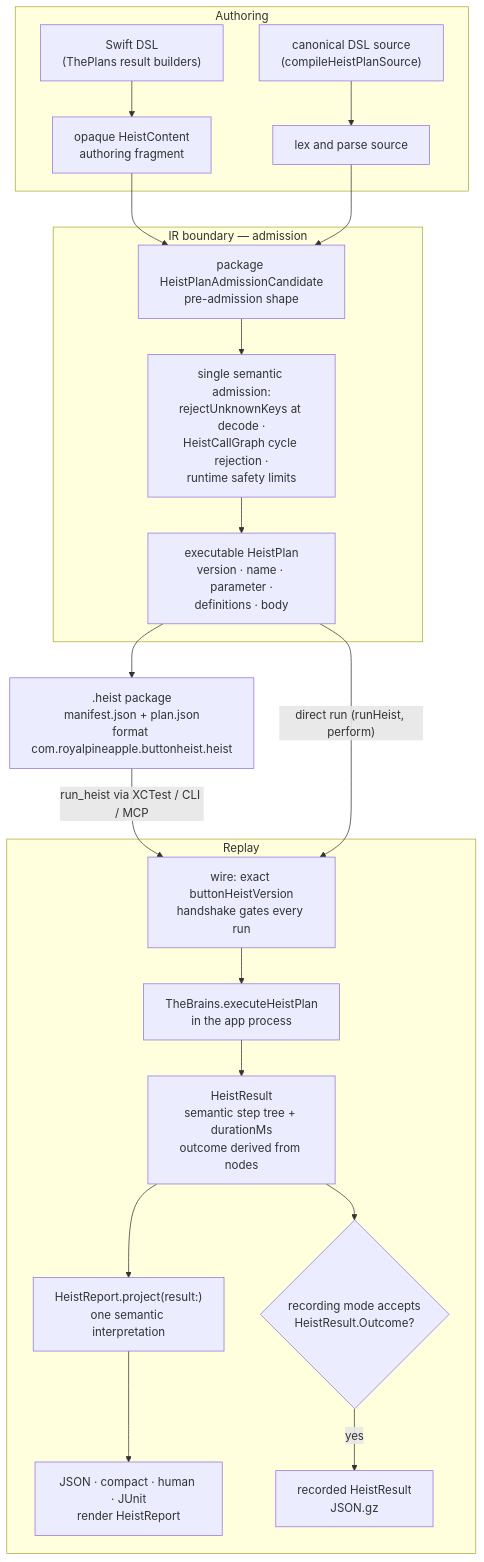
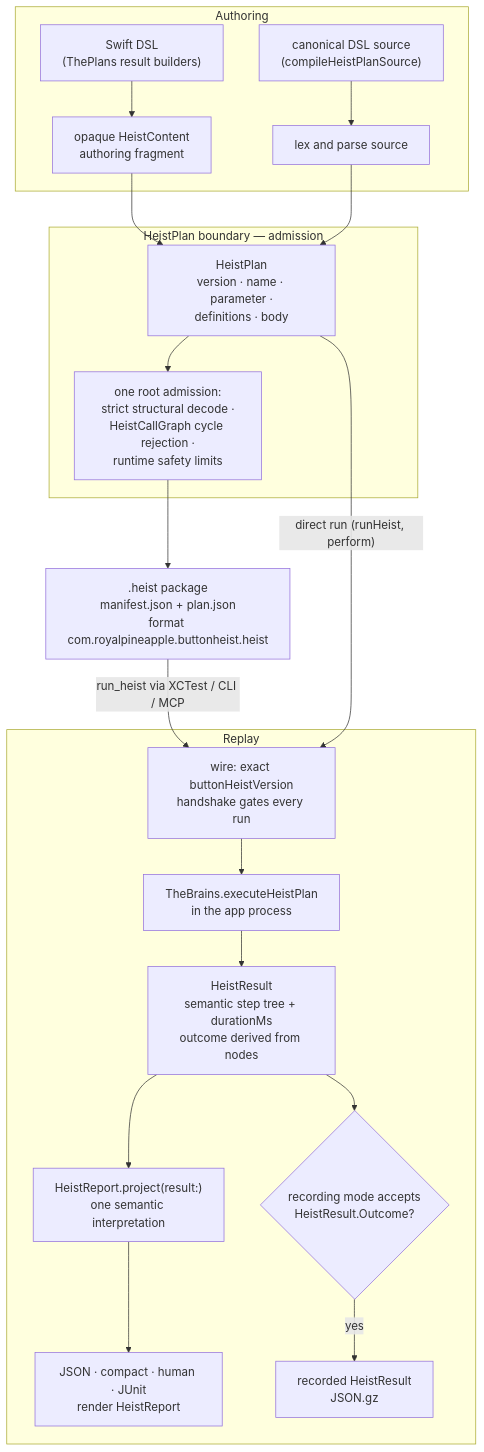
The diagram in docs/diagrams/heist-lifecycle.md (RoyalPineapple/TheButtonHeist), drawn with Mermaid before and after one commit. The commit also changed other lines of this file and 60 other files, not shown here.

Commit message:
feat(internal-compression-plan-language): implement T2 - unify plan admission

````diff
--- a/docs/diagrams/heist-lifecycle.md
+++ b/docs/diagrams/heist-lifecycle.md
@@ -8,41 +8,40 @@
 ```mermaid
 flowchart TD
     subgraph author["Authoring"]
         SWIFT["Swift DSL<br/>(ThePlans result builders)"]
         SOURCE["canonical DSL source<br/>(compileHeistPlanSource)"]
         CONTENT["opaque HeistContent<br/>authoring fragment"]
         PARSE["lex and parse source"]
         SWIFT --> CONTENT
         SOURCE --> PARSE
     end
 
-    subgraph ir["IR boundary — admission"]
-        CANDIDATE["package HeistPlanAdmissionCandidate<br/>pre-admission shape"]
-        CHECKS["single semantic admission:<br/>rejectUnknownKeys at decode ·<br/>HeistCallGraph cycle rejection ·<br/>runtime safety limits"]
-        PLAN["executable HeistPlan<br/>version · name · parameter ·<br/>definitions · body"]
-        CANDIDATE --> CHECKS --> PLAN
+    subgraph ir["HeistPlan boundary — admission"]
+        PLAN["HeistPlan<br/>version · name · parameter ·<br/>definitions · body"]
+        CHECKS["one root admission:<br/>strict structural decode ·<br/>HeistCallGraph cycle rejection ·<br/>runtime safety limits"]
+        PLAN --> CHECKS
     end
 
     HEIST[".heist package<br/>manifest.json + plan.json<br/>format com.royalpineapple.buttonheist.heist"]
 
     subgraph replay["Replay"]
         GATE["wire: exact buttonHeistVersion<br/>handshake gates every run"]
         BRAINS["TheBrains.executeHeistPlan<br/>in the app process"]
         RESULT["HeistResult<br/>semantic step tree + durationMs<br/>outcome derived from nodes"]
         REPORT["HeistReport.project(result:)<br/>one semantic interpretation"]
         RENDER["JSON · compact · human · JUnit<br/>render HeistReport"]
         RECORD{"recording mode accepts<br/>HeistResult.Outcome?"}
         RESULTFILE["recorded HeistResult<br/>JSON.gz"]
         GATE --> BRAINS
         BRAINS --> RESULT
         RESULT --> REPORT --> RENDER
         RESULT --> RECORD
         RECORD -->|yes| RESULTFILE
     end
 
-    CONTENT --> CANDIDATE
-    PARSE --> CANDIDATE
-    PLAN --> HEIST
+    CONTENT --> PLAN
+    PARSE --> PLAN
+    CHECKS --> HEIST
     HEIST -- "run_heist via XCTest / CLI / MCP" --> GATE
     PLAN -- "direct run (runHeist, perform)" --> GATE
 ```
````
